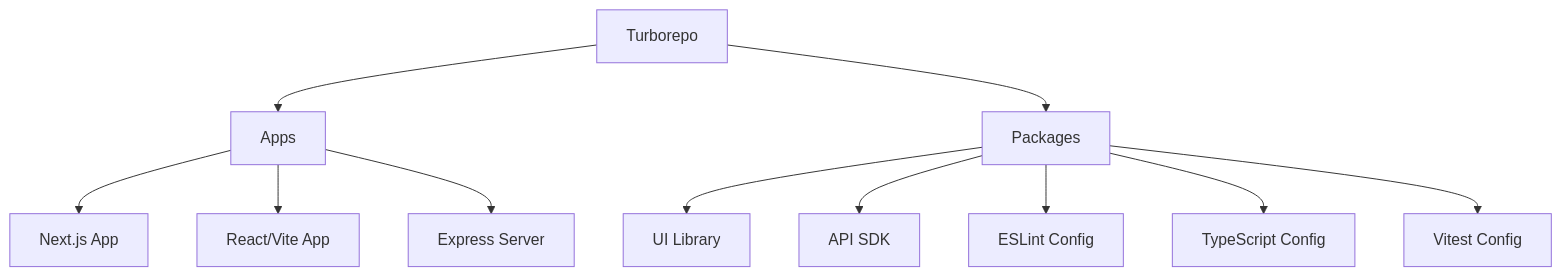
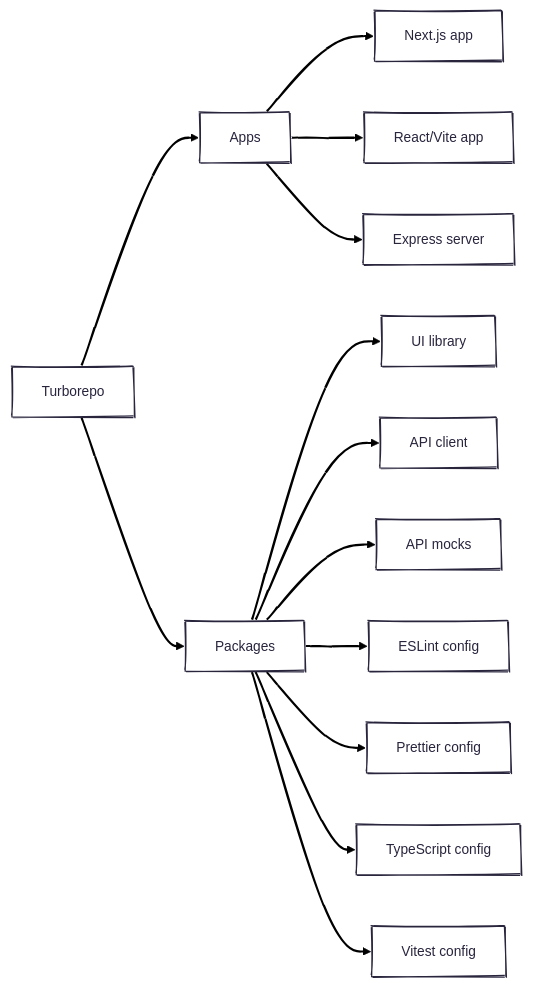
One commit to vincentbollaert/turborepo-playground changed the diagram in README.md. Above: the diagram before and after it, drawn with Mermaid. The commit also changed other lines of this file and 1 other file, not shown here.

````diff
--- a/README.md
+++ b/README.md
@@ -7,13 +7,12 @@
 ```mermaid
-graph TD
-    A[Turborepo] --> B[Apps]
-    A --> C[Packages]
-    B --> D[Next.js App]
-    B --> E[React/Vite App]
-    B --> F[Express Server]
-    C --> G[UI Library]
-    C --> H[API SDK]
-    C --> I[ESLint Config]
-    C --> J[TypeScript Config]
-    C --> K[Vitest Config]
+---
+config:
+  look: handDrawn
+  layout: fixed
+  theme: redux
+---
+flowchart LR
+    A["Turborepo"] --> B["Apps"] & C["Packages"]
+    B --> D["Next.js app"] & E["React/Vite app"] & F["Express server"]
+    C --> G["UI library"] & H["API client"] & I["API mocks"] & J["ESLint config"] & K["Prettier config"] & L["TypeScript config"] & M["Vitest config"]
 ```
````
